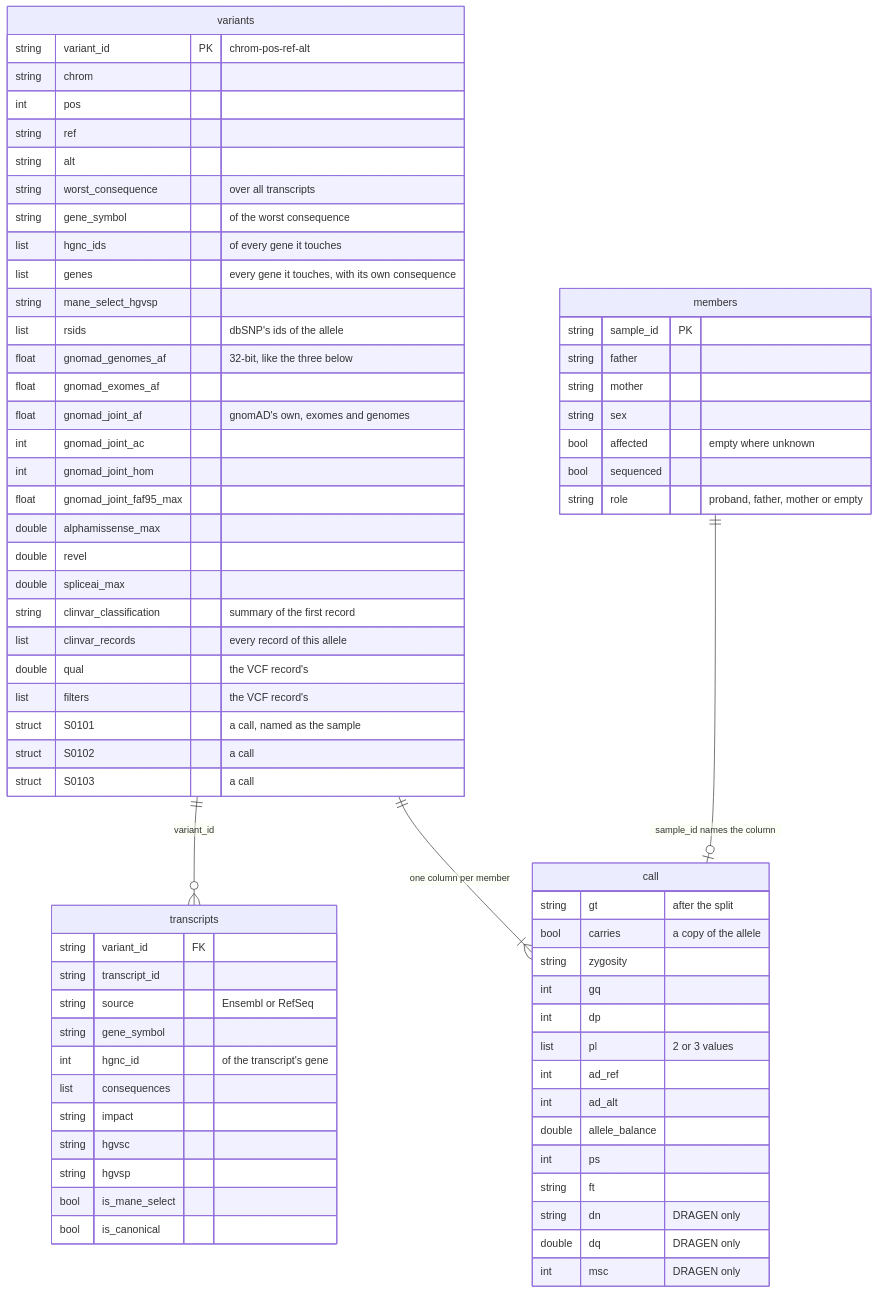
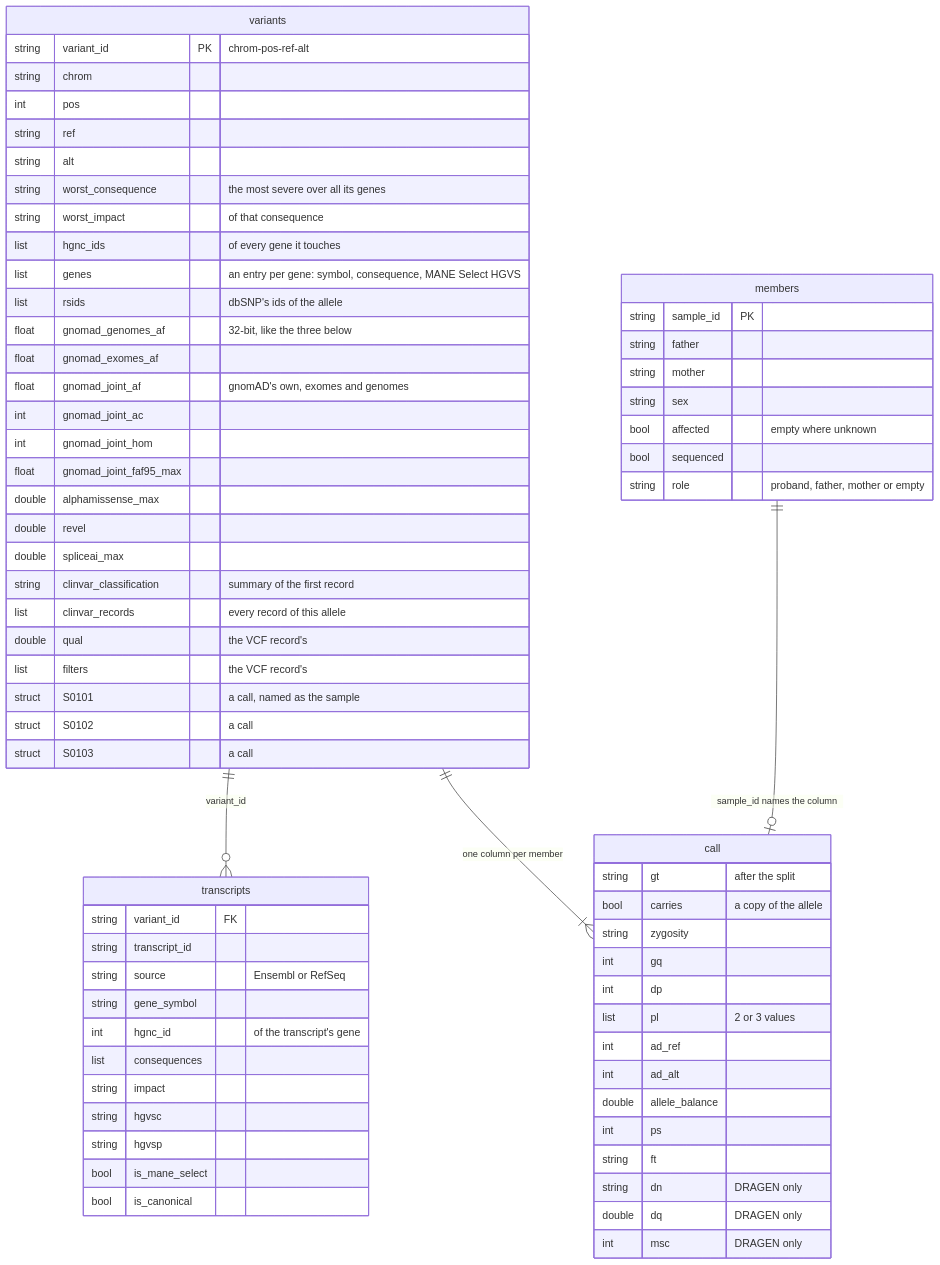
The second of 4 diagrams in docs/family-tables.md (populationgenomics/case-annotation-pipeline), drawn with Mermaid before and after one commit. The commit also changed other lines of this file and 7 other files, not shown here.

First line of the commit message:
Hold what is of one gene in the allele's entry of `genes`, and in no flat column (#12)

````diff
--- a/docs/family-tables.md
+++ b/docs/family-tables.md
@@ -89,73 +89,72 @@
 ```mermaid
 erDiagram
     variants ||--o{ transcripts : "variant_id"
     variants ||--|{ call : "one column per member"
     members ||--o| call : "sample_id names the column"
     variants {
         string variant_id PK "chrom-pos-ref-alt"
         string chrom
         int pos
         string ref
         string alt
-        string worst_consequence "over all transcripts"
-        string gene_symbol "of the worst consequence"
+        string worst_consequence "the most severe over all its genes"
+        string worst_impact "of that consequence"
         list hgnc_ids "of every gene it touches"
-        list genes "every gene it touches, with its own consequence"
-        string mane_select_hgvsp
+        list genes "an entry per gene: symbol, consequence, MANE Select HGVS"
         list rsids "dbSNP's ids of the allele"
         float gnomad_genomes_af "32-bit, like the three below"
         float gnomad_exomes_af
         float gnomad_joint_af "gnomAD's own, exomes and genomes"
         int gnomad_joint_ac
         int gnomad_joint_hom
         float gnomad_joint_faf95_max
         double alphamissense_max
         double revel
         double spliceai_max
         string clinvar_classification "summary of the first record"
         list clinvar_records "every record of this allele"
         double qual "the VCF record's"
         list filters "the VCF record's"
         struct S0101 "a call, named as the sample"
         struct S0102 "a call"
         struct S0103 "a call"
     }
     transcripts {
         string variant_id FK
         string transcript_id
         string source "Ensembl or RefSeq"
         string gene_symbol
         int hgnc_id "of the transcript's gene"
         list consequences
         string impact
         string hgvsc
         string hgvsp
         bool is_mane_select
         bool is_canonical
     }
     call {
         string gt "after the split"
         bool carries "a copy of the allele"
         string zygosity
         int gq
         int dp
         list pl "2 or 3 values"
         int ad_ref
         int ad_alt
         double allele_balance
         int ps
         string ft
         string dn "DRAGEN only"
         double dq "DRAGEN only"
         int msc "DRAGEN only"
     }
     members {
         string sample_id PK
         string father
         string mother
         string sex
         bool affected "empty where unknown"
         bool sequenced
         string role "proband, father, mother or empty"
     }
 ```
````
